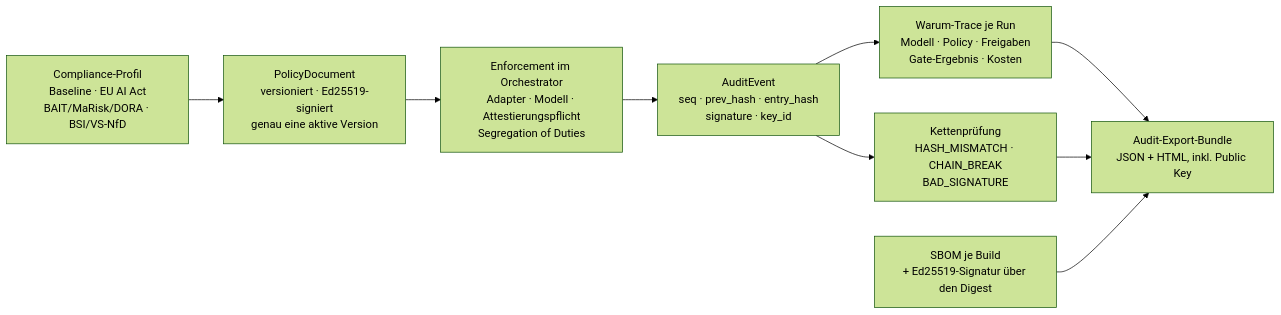
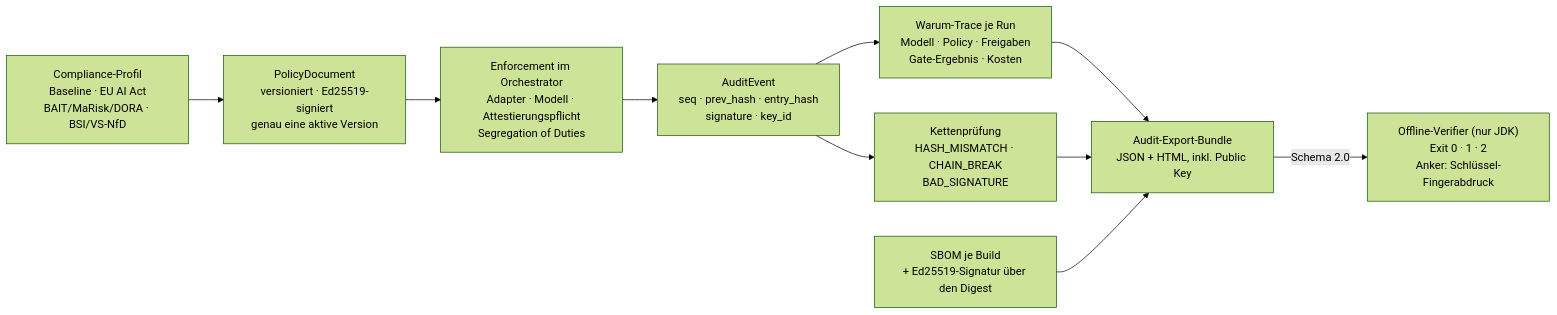
The eighth of 10 diagrams in quellen/softwarefabrik/03-systemdiagramme.md (mjanda0815/agentic-publikation), drawn with Mermaid (forest theme) before and after one commit. The commit also changed other lines of this file and 57 other files, not shown here.

First line of the commit message:
Version 3.1: Abgleich auf SoftwareFabrik 0.38.0 (Spec-Driven Development, MCP-Absicherung, Offline-Verifier) (#1)

````diff
--- a/quellen/softwarefabrik/03-systemdiagramme.md
+++ b/quellen/softwarefabrik/03-systemdiagramme.md
@@ -303,15 +343,17 @@
 ```mermaid
 flowchart LR
     CP["Compliance-Profil<br/>Baseline · EU AI Act<br/>BAIT/MaRisk/DORA · BSI/VS-NfD"]
     PD["PolicyDocument<br/>versioniert · Ed25519-signiert<br/>genau eine aktive Version"]
     ENF["Enforcement im Orchestrator<br/>Adapter · Modell · Attestierungspflicht<br/>Segregation of Duties"]
     EV["AuditEvent<br/>seq · prev_hash · entry_hash<br/>signature · key_id"]
     VER["Kettenprüfung<br/>HASH_MISMATCH · CHAIN_BREAK<br/>BAD_SIGNATURE"]
     TR["Warum-Trace je Run<br/>Modell · Policy · Freigaben<br/>Gate-Ergebnis · Kosten"]
     EXP["Audit-Export-Bundle<br/>JSON + HTML, inkl. Public Key"]
 
     CP --> PD --> ENF --> EV --> VER
     EV --> TR --> EXP
     VER --> EXP
     SBOM["SBOM je Build<br/>+ Ed25519-Signatur über den Digest"] --> EXP
+    OV["Offline-Verifier (nur JDK)<br/>Exit 0 · 1 · 2<br/>Anker: Schlüssel-Fingerabdruck"]
+    EXP -- "Schema 2.0" --> OV
 ```
````
